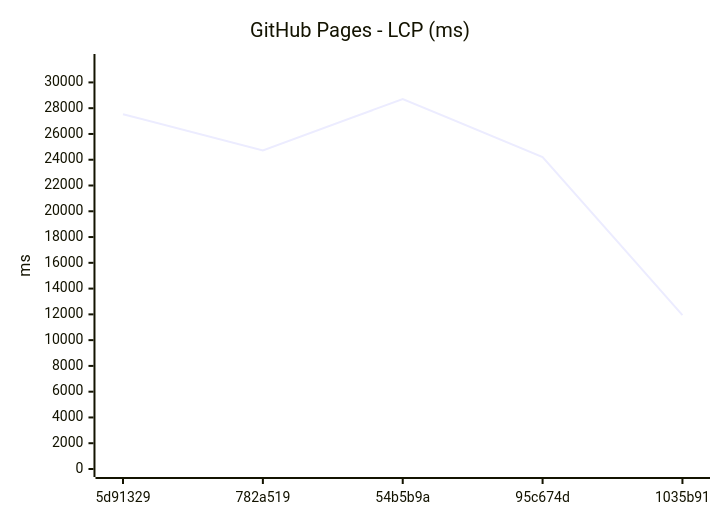
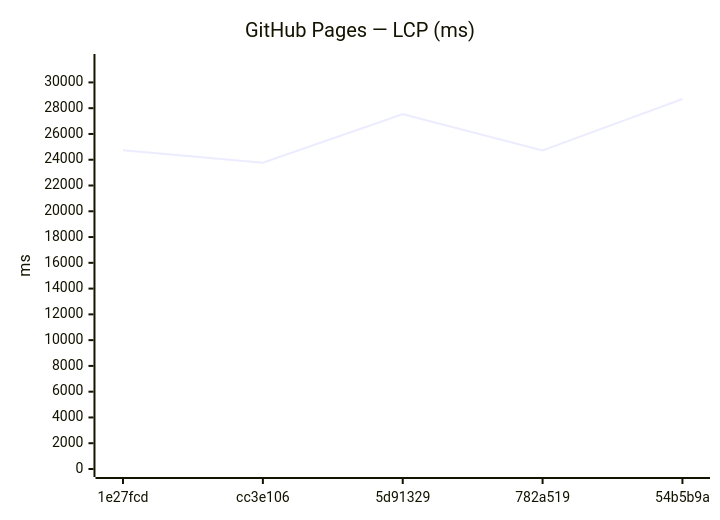
One commit to Metaheurist/Rianell changed the ninth of 18 diagrams in benchmarks/compare.md. Above: the diagram before and after it, drawn with Mermaid. The commit also changed other lines of this file and 12 other files, not shown here.

````diff
--- a/benchmarks/compare.md
+++ b/benchmarks/compare.md
@@ -142,7 +142,7 @@
 ```mermaid
 xychart-beta
-    title "GitHub Pages - LCP (ms)"
-    x-axis ["5d91329", "782a519", "54b5b9a", "95c674d", "1035b91"]
+    title "GitHub Pages — LCP (ms)"
+    x-axis ["1e27fcd", "cc3e106", "5d91329", "782a519", "54b5b9a"]
     y-axis "ms" 0 --> 31584
-    line [27536, 24725, 28712, 24213, 11936]
+    line [24744, 23765, 27536, 24725, 28712]
 ```
````
